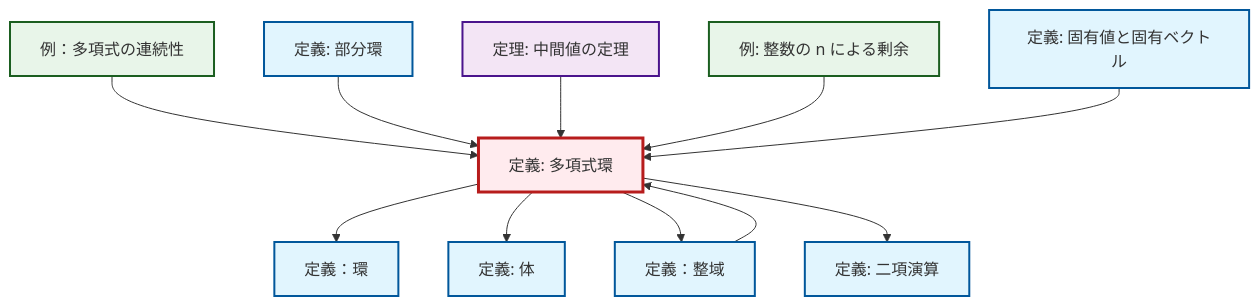
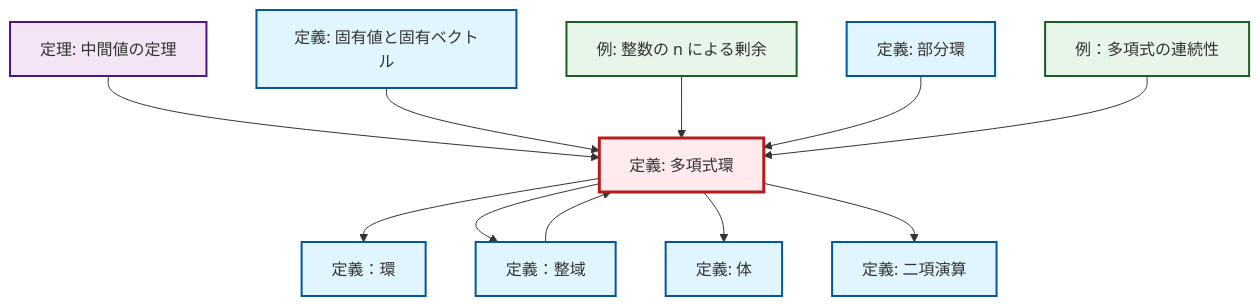
Before and after one commit to RK0429/ModernMath: the diagram in content/ja/algebra/def-polynomial-ring.qmd, drawn with Mermaid. The commit also changed other lines of this file and 1012 other files, not shown here.

````diff
--- a/content/ja/algebra/def-polynomial-ring.qmd
+++ b/content/ja/algebra/def-polynomial-ring.qmd
@@ -94,39 +94,39 @@
 ```{mermaid}
 %%| fig-cap: "Local dependency graph"
 graph TD
     classDef definition fill:#e1f5fe,stroke:#01579b,stroke-width:2px
     classDef theorem fill:#f3e5f5,stroke:#4a148c,stroke-width:2px
     classDef axiom fill:#fff3e0,stroke:#e65100,stroke-width:2px
     classDef example fill:#e8f5e9,stroke:#1b5e20,stroke-width:2px
     classDef current fill:#ffebee,stroke:#b71c1c,stroke-width:3px
-    def-polynomial-ring["定義: 多項式環"]:::definition
-    ex-polynomial-continuity["例：多項式の連続性"]:::example
+    def-field["定義: 体"]:::definition
+    def-ring["定義：環"]:::definition
+    def-subring["定義: 部分環"]:::definition
+    def-binary-operation["定義: 二項演算"]:::definition
     thm-intermediate-value["定理: 中間値の定理"]:::theorem
     def-eigenvalue-eigenvector["定義: 固有値と固有ベクトル"]:::definition
-    def-field["定義: 体"]:::definition
-    def-binary-operation["定義: 二項演算"]:::definition
+    ex-polynomial-continuity["例：多項式の連続性"]:::example
+    def-polynomial-ring["定義: 多項式環"]:::definition
     def-integral-domain["定義：整域"]:::definition
-    def-ring["定義：環"]:::definition
     ex-quotient-integers-mod-n["例: 整数の n による剰余"]:::example
-    def-subring["定義: 部分環"]:::definition
+    thm-intermediate-value --> def-polynomial-ring
+    def-eigenvalue-eigenvector --> def-polynomial-ring
     def-polynomial-ring --> def-ring
-    def-polynomial-ring --> def-field
-    ex-polynomial-continuity --> def-polynomial-ring
+    ex-quotient-integers-mod-n --> def-polynomial-ring
+    def-integral-domain --> def-polynomial-ring
     def-polynomial-ring --> def-integral-domain
     def-subring --> def-polynomial-ring
-    thm-intermediate-value --> def-polynomial-ring
-    def-integral-domain --> def-polynomial-ring
+    def-polynomial-ring --> def-field
     def-polynomial-ring --> def-binary-operation
-    ex-quotient-integers-mod-n --> def-polynomial-ring
-    def-eigenvalue-eigenvector --> def-polynomial-ring
+    ex-polynomial-continuity --> def-polynomial-ring
     class def-polynomial-ring current
-    click ex-polynomial-continuity "ex-polynomial-continuity.html" "例：多項式の連続性へ"
+    click def-field "def-field.html" "体の定義へ"
+    click def-ring "def-ring.html" "定義：環へ"
+    click def-subring "def-subring.html" "部分環の定義へ"
+    click def-binary-operation "def-binary-operation.html" "二項演算の定義へ"
     click thm-intermediate-value "thm-intermediate-value.html" "中間値の定理の定理へ"
     click def-eigenvalue-eigenvector "def-eigenvalue-eigenvector.html" "固有値と固有ベクトルの定義へ"
-    click def-field "def-field.html" "体の定義へ"
-    click def-binary-operation "def-binary-operation.html" "二項演算の定義へ"
+    click ex-polynomial-continuity "ex-polynomial-continuity.html" "例：多項式の連続性へ"
     click def-integral-domain "def-integral-domain.html" "定義：整域へ"
-    click def-ring "def-ring.html" "定義：環へ"
     click ex-quotient-integers-mod-n "ex-quotient-integers-mod-n.html" "整数の n による剰余の例へ"
-    click def-subring "def-subring.html" "部分環の定義へ"
 ```
````
